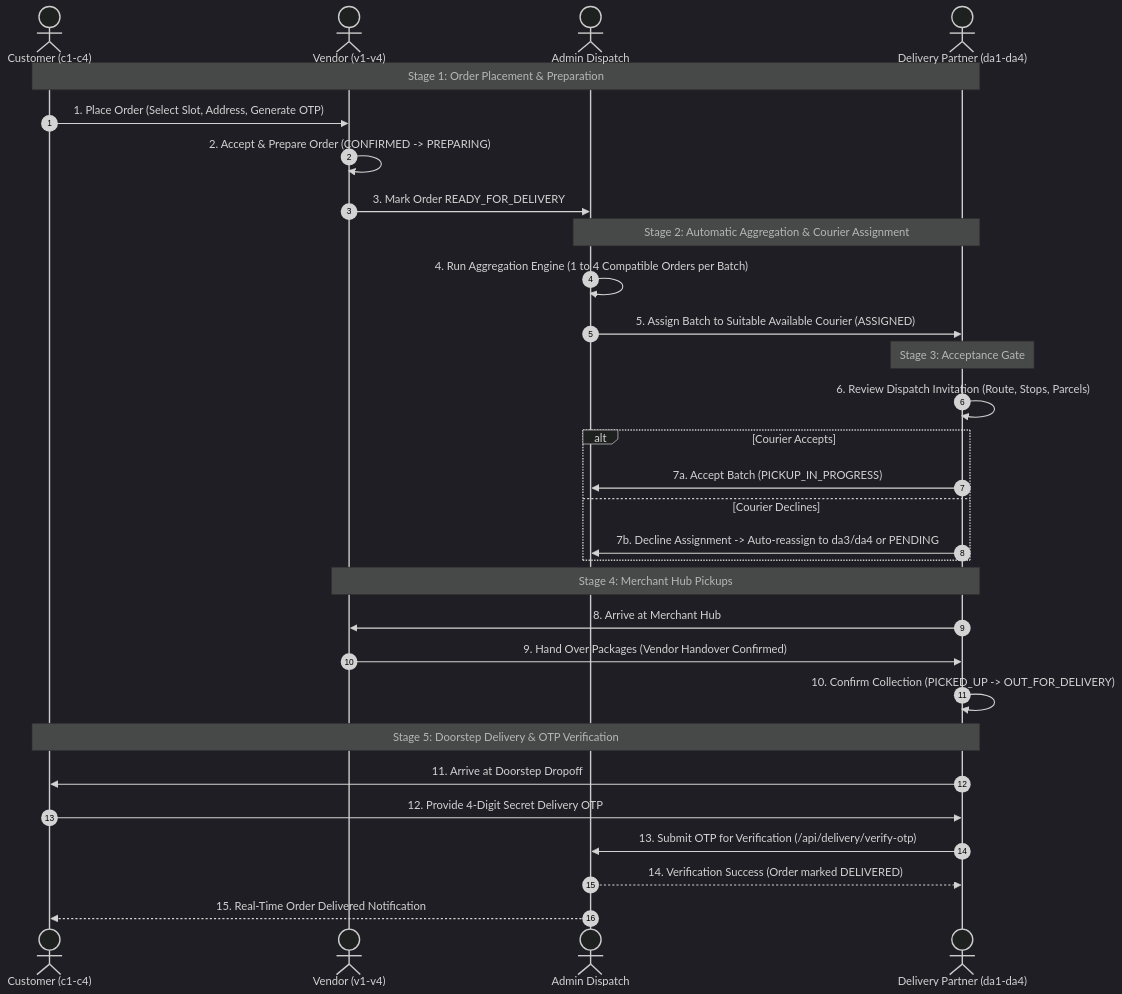
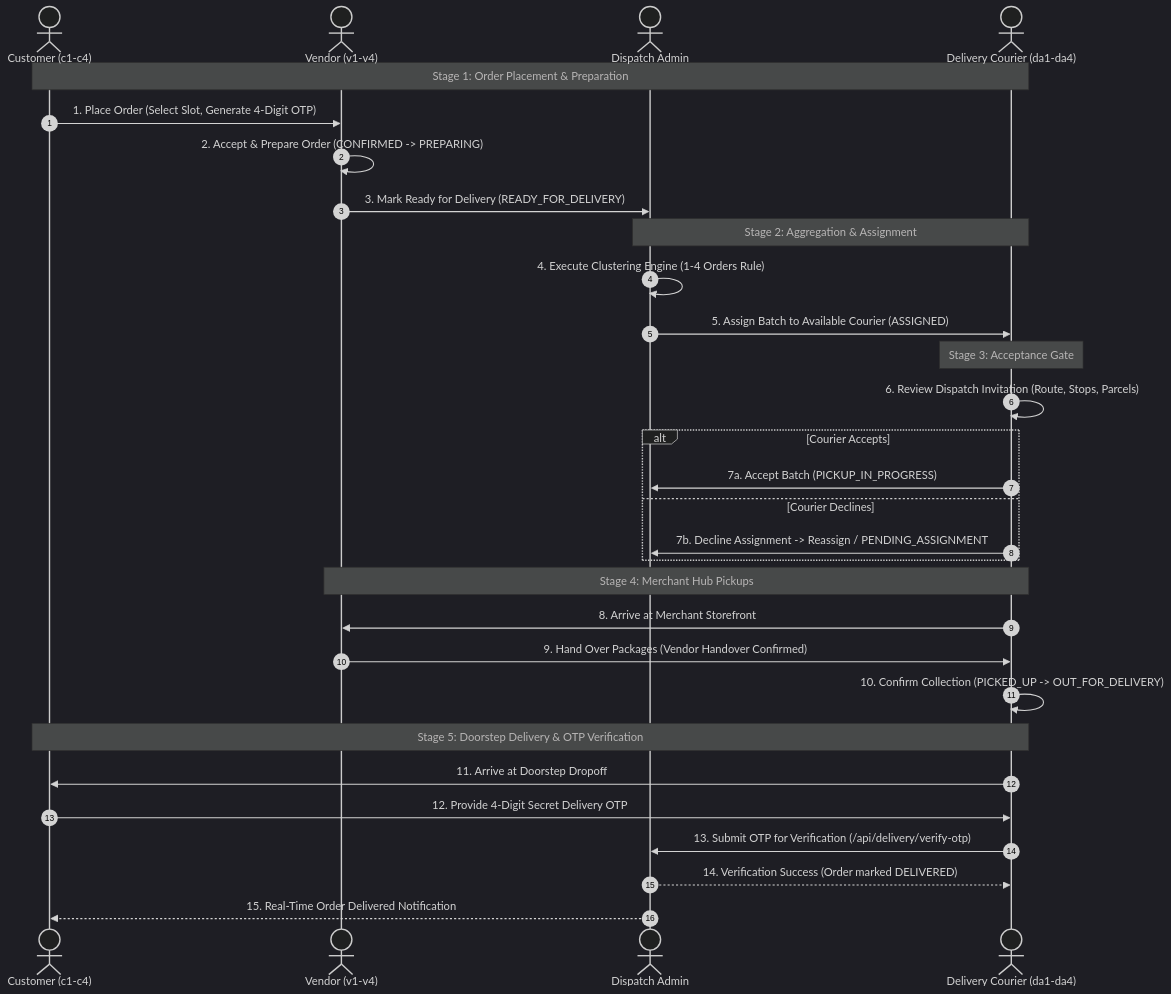
Before and after one commit to abishekasivaram/Micro-Logistics: the third of 4 diagrams in Micro_Logistics_Final_Review_Report.md, drawn with Mermaid (dark theme). The commit also changed other lines of this file and 6 other files, not shown here.

````diff
--- a/Micro_Logistics_Final_Review_Report.md
+++ b/Micro_Logistics_Final_Review_Report.md
@@ -358,37 +401,37 @@
 ```mermaid
 sequenceDiagram
     autonumber
     actor Customer as Customer (c1-c4)
     actor Vendor as Vendor (v1-v4)
-    actor Admin as Admin Dispatch
-    actor Courier as Delivery Partner (da1-da4)
+    actor Admin as Dispatch Admin
+    actor Courier as Delivery Courier (da1-da4)
 
     Note over Customer,Courier: Stage 1: Order Placement & Preparation
-    Customer->>Vendor: 1. Place Order (Select Slot, Address, Generate OTP)
+    Customer->>Vendor: 1. Place Order (Select Slot, Generate 4-Digit OTP)
     Vendor->>Vendor: 2. Accept & Prepare Order (CONFIRMED -> PREPARING)
-    Vendor->>Admin: 3. Mark Order READY_FOR_DELIVERY
+    Vendor->>Admin: 3. Mark Ready for Delivery (READY_FOR_DELIVERY)
 
-    Note over Admin,Courier: Stage 2: Automatic Aggregation & Courier Assignment
-    Admin->>Admin: 4. Run Aggregation Engine (1 to 4 Compatible Orders per Batch)
-    Admin->>Courier: 5. Assign Batch to Suitable Available Courier (ASSIGNED)
-    
+    Note over Admin,Courier: Stage 2: Aggregation & Assignment
+    Admin->>Admin: 4. Execute Clustering Engine (1-4 Orders Rule)
+    Admin->>Courier: 5. Assign Batch to Available Courier (ASSIGNED)
+
     Note over Courier: Stage 3: Acceptance Gate
     Courier->>Courier: 6. Review Dispatch Invitation (Route, Stops, Parcels)
     alt Courier Accepts
         Courier->>Admin: 7a. Accept Batch (PICKUP_IN_PROGRESS)
     else Courier Declines
-        Courier->>Admin: 7b. Decline Assignment -> Auto-reassign to da3/da4 or PENDING
+        Courier->>Admin: 7b. Decline Assignment -> Reassign / PENDING_ASSIGNMENT
     end
 
     Note over Vendor,Courier: Stage 4: Merchant Hub Pickups
-    Courier->>Vendor: 8. Arrive at Merchant Hub
+    Courier->>Vendor: 8. Arrive at Merchant Storefront
     Vendor->>Courier: 9. Hand Over Packages (Vendor Handover Confirmed)
     Courier->>Courier: 10. Confirm Collection (PICKED_UP -> OUT_FOR_DELIVERY)
 
     Note over Customer,Courier: Stage 5: Doorstep Delivery & OTP Verification
     Courier->>Customer: 11. Arrive at Doorstep Dropoff
     Customer->>Courier: 12. Provide 4-Digit Secret Delivery OTP
     Courier->>Admin: 13. Submit OTP for Verification (/api/delivery/verify-otp)
     Admin-->>Courier: 14. Verification Success (Order marked DELIVERED)
     Admin-->>Customer: 15. Real-Time Order Delivered Notification
 ```
````
